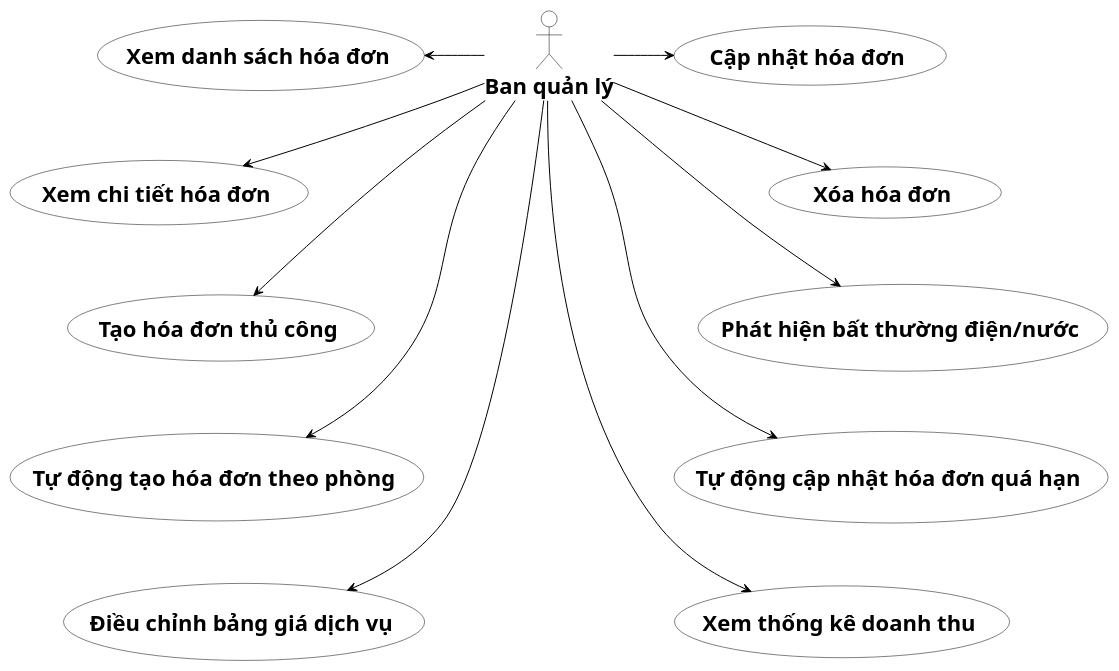
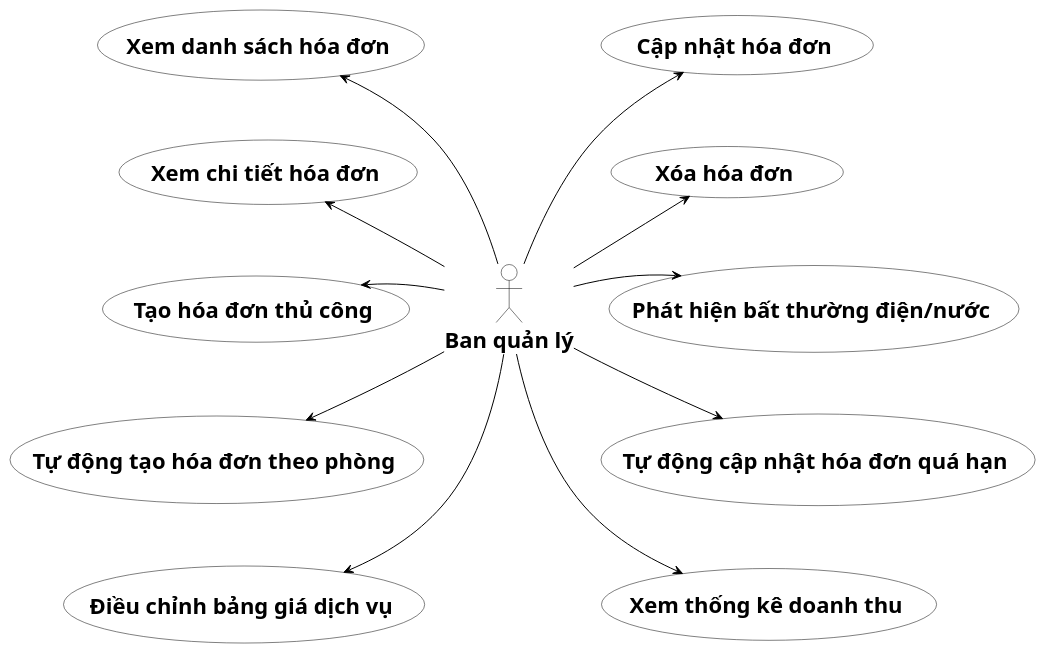
Before and after one commit to s0nbuildtech287/dormitory-frontend: the diagram in diagrams/usecase_phanra/uc_hoadon.puml, drawn with PlantUML.

```diff
--- a/diagrams/usecase_phanra/uc_hoadon.puml
+++ b/diagrams/usecase_phanra/uc_hoadon.puml
@@ -1,61 +1,62 @@
-@startuml "UC Phân rã - Quản lý hóa đơn"
+@startuml
 skinparam defaultFontSize 22
 skinparam defaultFontName "Times New Roman"
 skinparam usecase {
   BackgroundColor White
   BorderColor Black
 }
 skinparam actor {
   BackgroundColor White
   BorderColor Black
 }
 skinparam ArrowColor Black
 skinparam ArrowThickness 1
 skinparam shadowing false
 
 actor "<b>Ban quản lý</b>" as Admin
 
 together {
   usecase "<b>Xem danh sách hóa đơn</b>" as UC1
   usecase "<b>Xem chi tiết hóa đơn</b>" as UC2
   usecase "<b>Tạo hóa đơn thủ công</b>" as UC3
   usecase "<b>Tự động tạo hóa đơn theo phòng</b>" as UC4
   usecase "<b>Điều chỉnh bảng giá dịch vụ</b>" as UC9
 }
 
 together {
   usecase "<b>Cập nhật hóa đơn</b>" as UC5
   usecase "<b>Xóa hóa đơn</b>" as UC6
   usecase "<b>Phát hiện bất thường điện/nước</b>" as UC7
   usecase "<b>Tự động cập nhật hóa đơn quá hạn</b>" as UC8
   usecase "<b>Xem thống kê doanh thu</b>" as UC10
 }
 
 UC1 -[hidden]-> UC2
 UC2 -[hidden]-> UC3
 UC3 -[hidden]-> UC4
 UC4 -[hidden]-> UC9
 
 UC5 -[hidden]-> UC6
 UC6 -[hidden]-> UC7
 UC7 -[hidden]-> UC8
 UC8 -[hidden]-> UC10
 
 UC1 -[hidden]right-> UC5
 UC2 -[hidden]right-> UC6
-UC3 -[hidden]right-> UC7
+UC3 -[hidden]right-> Admin
+Admin -[hidden]right-> UC7
 UC4 -[hidden]right-> UC8
 UC9 -[hidden]right-> UC10
 
-Admin -right-> UC1
-Admin -right-> UC2
-Admin -right-> UC3
-Admin -right-> UC4
-Admin -right-> UC9
+UC1 <-- Admin
+UC2 <-- Admin
+UC3 <-- Admin
+Admin --> UC4
+Admin --> UC9
 
-Admin -right-> UC5
-Admin -right-> UC6
-Admin -right-> UC7
-Admin -right-> UC8
-Admin -right-> UC10
+UC5 <-- Admin
+UC6 <-- Admin
+Admin --> UC7
+Admin --> UC8
+Admin --> UC10
 @enduml
```
